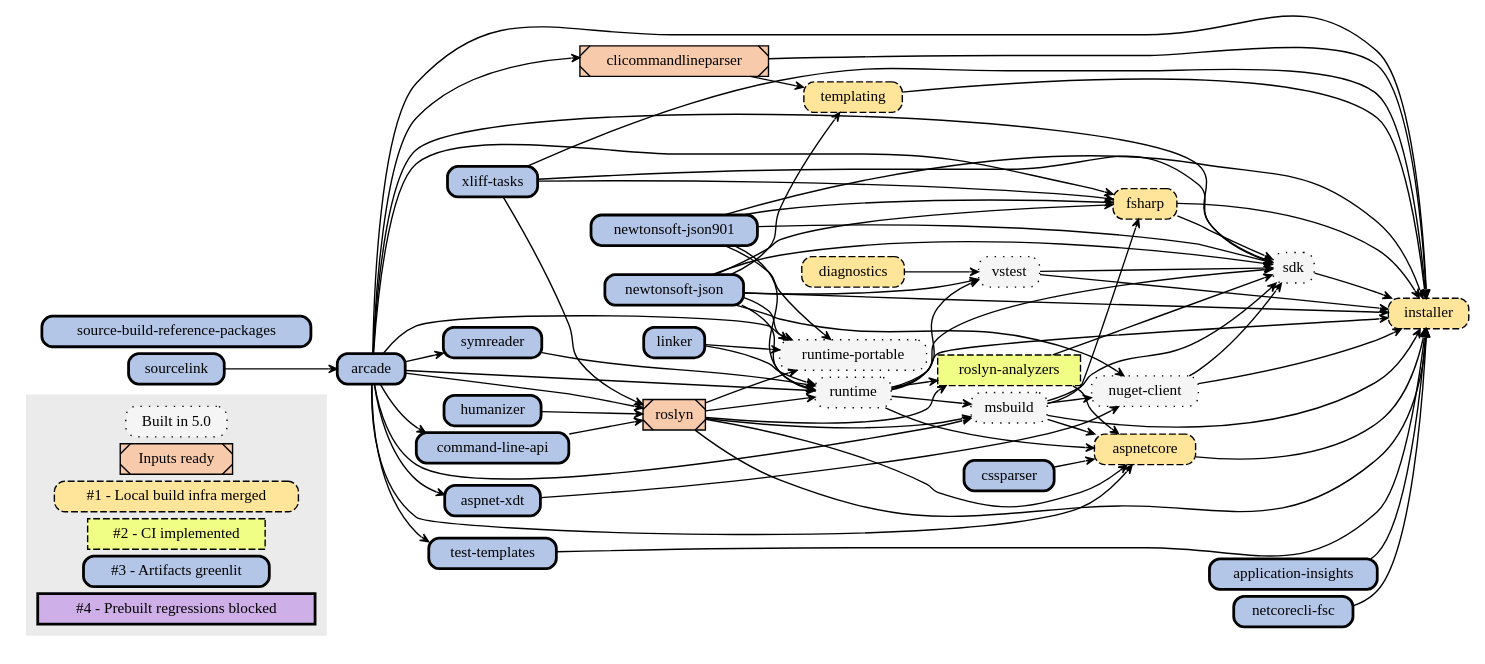
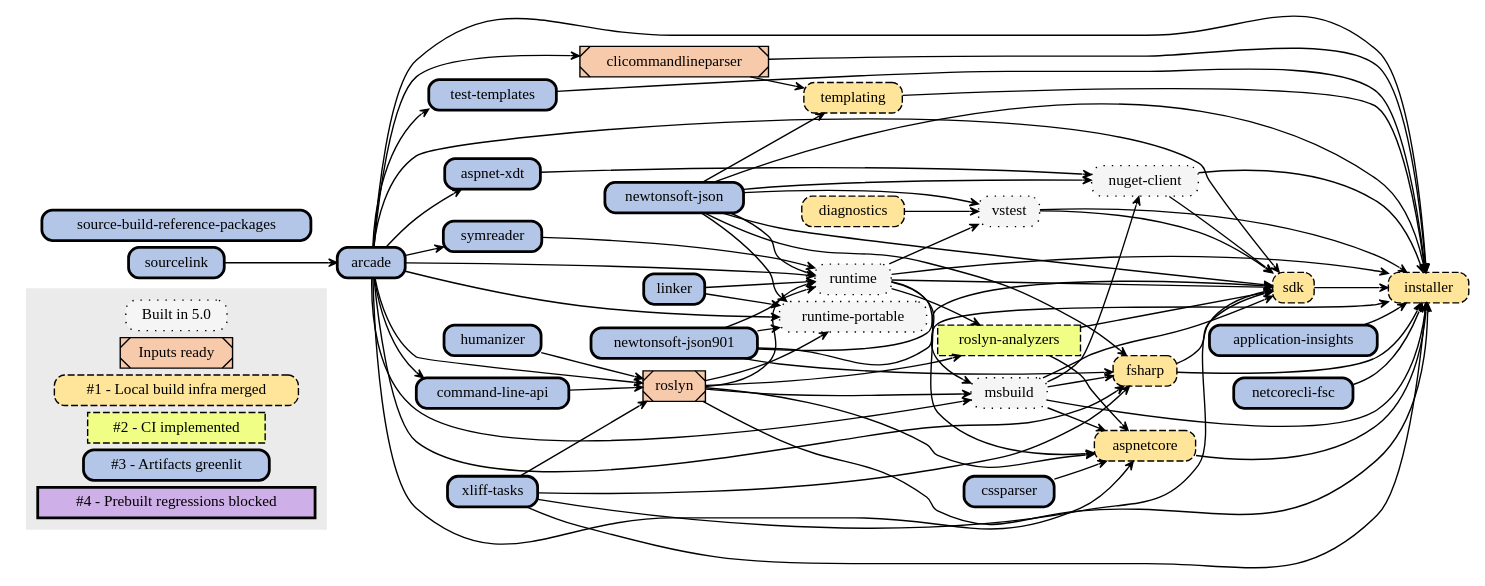
Before and after one commit to dotnet/source-build: the diagram in Documentation/planning/arcade-powered-source-build/img/implementation-plan-graph.dot, drawn with Graphviz. The commit also changed other lines of this file, not shown here.

```diff
--- a/Documentation/planning/arcade-powered-source-build/img/implementation-plan-graph.dot
+++ b/Documentation/planning/arcade-powered-source-build/img/implementation-plan-graph.dot
@@ -1,148 +1,148 @@
 // dot.exe implementation-plan-graph.dot -Tsvg -o implementation-plan-graph.svg
 
 digraph {
 node[
   shape=rect
   width=0 height=0 margin=0.07
   style=filled
   fontsize=11]
 edge[
   penwidth=1
   arrowsize=0.6
   arrowhead=vee
   pencolor="#444444"]
 rankdir=LR
 nodesep=0.07
 ranksep=0.08
 
 node [fillcolor="#F5F5F5",style="dotted,filled,rounded",tooltip="Built"]
 "pre0"[label="Built in 5.0"]
 "msbuild"
 "nuget-client"
 "runtime-portable"
 "runtime"
-"sdk"
 "vstest"
 
 node [fillcolor="#F7CAAC",style="filled,diagonals",tooltip="Inputs ready"]
 "pre1"[label="Inputs ready"]
 "roslyn"
 "clicommandlineparser"
 
 
 node [fillcolor="#FFE599",style="dashed,filled,rounded",tooltip="1"]
 "s1"[label="#1 - Local build infra merged"]
 "aspnetcore"
 "diagnostics"
 "fsharp"
 "installer"
+"sdk"
 "templating"
 
 node [fillcolor="#F0FE86",style="dashed,filled",tooltip="2"]
 "s2"[label="#2 - CI implemented"]
 "roslyn-analyzers"
 
 node [fillcolor="#B4C6E7",style="bold,filled,rounded",tooltip="3"]
 "s3"[label="#3 - Artifacts greenlit"]
 "application-insights"
 "arcade"
 "aspnet-xdt"
 "command-line-api"
 "cssparser"
 "humanizer"
 "linker"
 "netcorecli-fsc"
 "newtonsoft-json"
 "newtonsoft-json901"
 "source-build-reference-packages"
 "sourcelink"
 "symreader"
 "test-templates"
 "xliff-tasks"
 
 node [fillcolor="#CFAFE7",style="bold,filled",tooltip="4"]
 "s4"[label="#4 - Prebuilt regressions blocked"]
 
 // Color all future nodes red. All nodes should be accounted for: red means they need a category.
 node [fillcolor="#FF0000",style=filled]
 
 subgraph clusterLegend {
   style=filled
   color="#ebebeb"
   "pre0" "pre1" "s1" "s2" "s3" "s4"
 }
 
 // Remaining text created by generate-graphviz.proj based on repos/*.proj:
 "sourcelink" -> "arcade"
 "arcade" -> "aspnet-xdt"
 "arcade" -> "aspnetcore"
 "cssparser" -> "aspnetcore"
 "runtime" -> "aspnetcore"
 "msbuild" -> "aspnetcore"
 "roslyn" -> "aspnetcore"
 "roslyn-analyzers" -> "aspnetcore"
 "arcade" -> "clicommandlineparser"
 "arcade" -> "command-line-api"
 "arcade" -> "fsharp"
 "msbuild" -> "fsharp"
 "newtonsoft-json901" -> "fsharp"
 "newtonsoft-json" -> "fsharp"
 "xliff-tasks" -> "fsharp"
 "application-insights" -> "installer"
 "arcade" -> "installer"
 "aspnetcore" -> "installer"
 "clicommandlineparser" -> "installer"
 "fsharp" -> "installer"
 "msbuild" -> "installer"
 "netcorecli-fsc" -> "installer"
 "newtonsoft-json" -> "installer"
 "newtonsoft-json901" -> "installer"
 "nuget-client" -> "installer"
 "roslyn" -> "installer"
 "runtime" -> "installer"
 "sdk" -> "installer"
 "templating" -> "installer"
 "test-templates" -> "installer"
 "vstest" -> "installer"
 "xliff-tasks" -> "installer"
 "arcade" -> "msbuild"
 "runtime" -> "msbuild"
 "roslyn" -> "msbuild"
 "newtonsoft-json" -> "nuget-client"
 "msbuild" -> "nuget-client"
 "aspnet-xdt" -> "nuget-client"
 "runtime" -> "roslyn-analyzers"
 "roslyn" -> "roslyn-analyzers"
 "arcade" -> "roslyn"
 "command-line-api" -> "roslyn"
 "humanizer" -> "roslyn"
 "xliff-tasks" -> "roslyn"
 "arcade" -> "runtime-portable"
 "linker" -> "runtime-portable"
 "newtonsoft-json" -> "runtime-portable"
 "newtonsoft-json901" -> "runtime-portable"
 "roslyn" -> "runtime-portable"
 "arcade" -> "runtime"
 "symreader" -> "runtime"
 "linker" -> "runtime"
 "newtonsoft-json" -> "runtime"
 "newtonsoft-json901" -> "runtime"
 "roslyn" -> "runtime"
 "arcade" -> "sdk"
 "xliff-tasks" -> "sdk"
 "runtime" -> "sdk"
 "msbuild" -> "sdk"
 "newtonsoft-json" -> "sdk"
 "newtonsoft-json901" -> "sdk"
 "nuget-client" -> "sdk"
 "roslyn-analyzers" -> "sdk"
 "vstest" -> "sdk"
 "fsharp" -> "sdk"
 "arcade" -> "symreader"
 "clicommandlineparser" -> "templating"
 "newtonsoft-json" -> "templating"
 "arcade" -> "test-templates"
 "diagnostics" -> "vstest"
 "runtime" -> "vstest"
 "newtonsoft-json" -> "vstest"
 }
```
